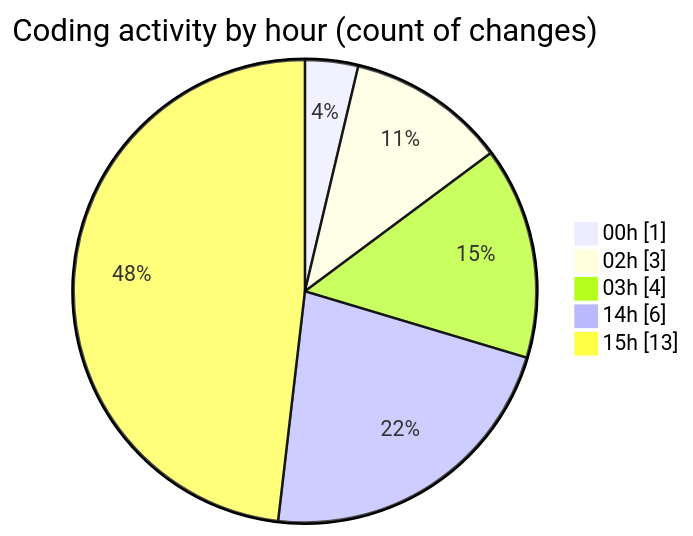
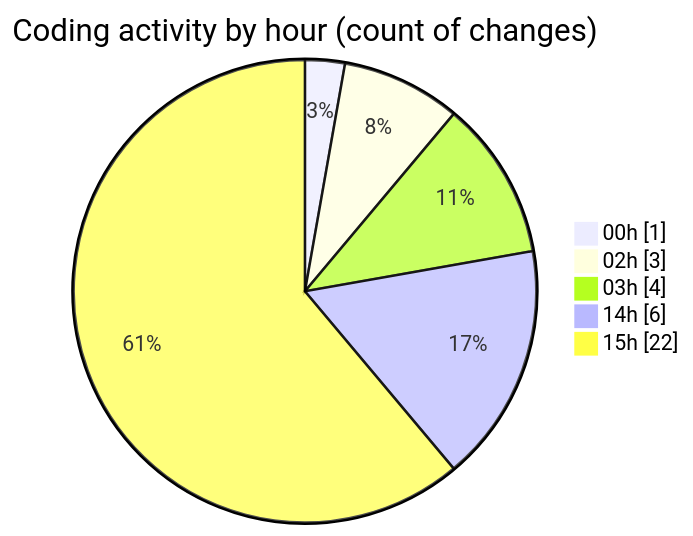
Before and after one commit to donsfak/code-tracking: the second of 2 diagrams in 2025-02-19/uber_clone/README.md, drawn with Mermaid. The commit also changed other lines of this file and 1 other file, not shown here.

````diff
--- a/2025-02-19/uber_clone/README.md
+++ b/2025-02-19/uber_clone/README.md
@@ -42,9 +42,9 @@
 ```mermaid
 pie showData
 title Coding activity by hour (count of changes)
 "00h" : 1
 "02h" : 3
 "03h" : 4
 "14h" : 6
-"15h" : 13
+"15h" : 22
 ```
````
